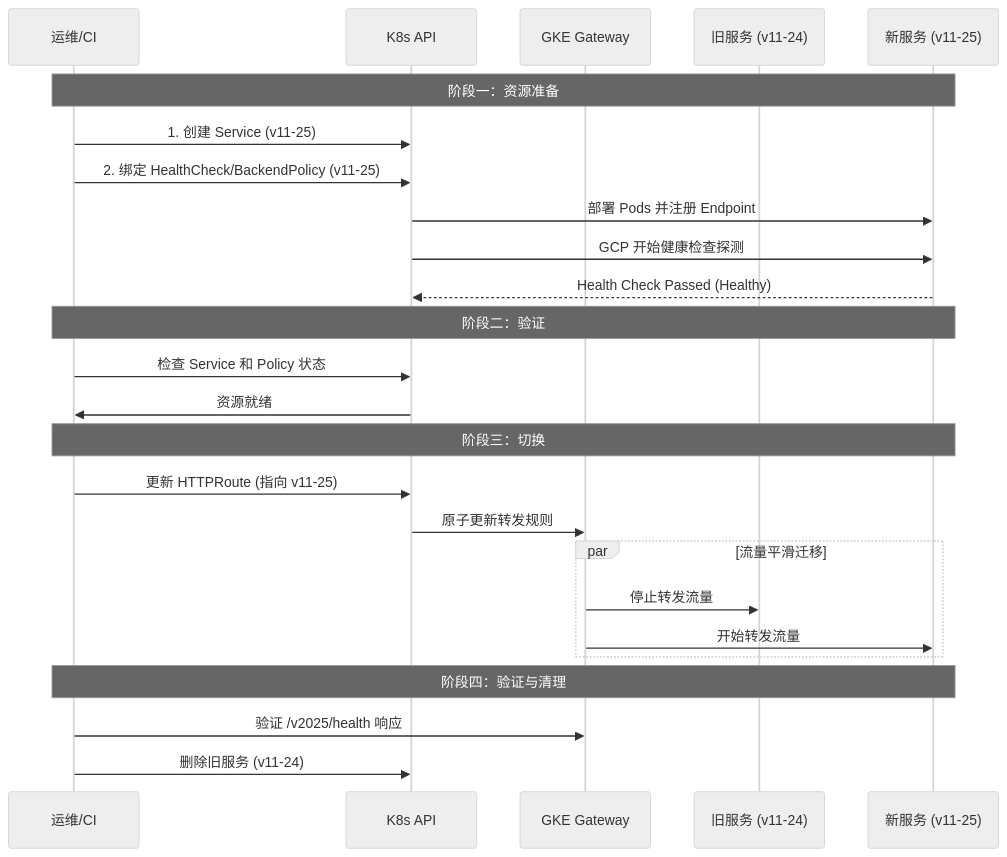
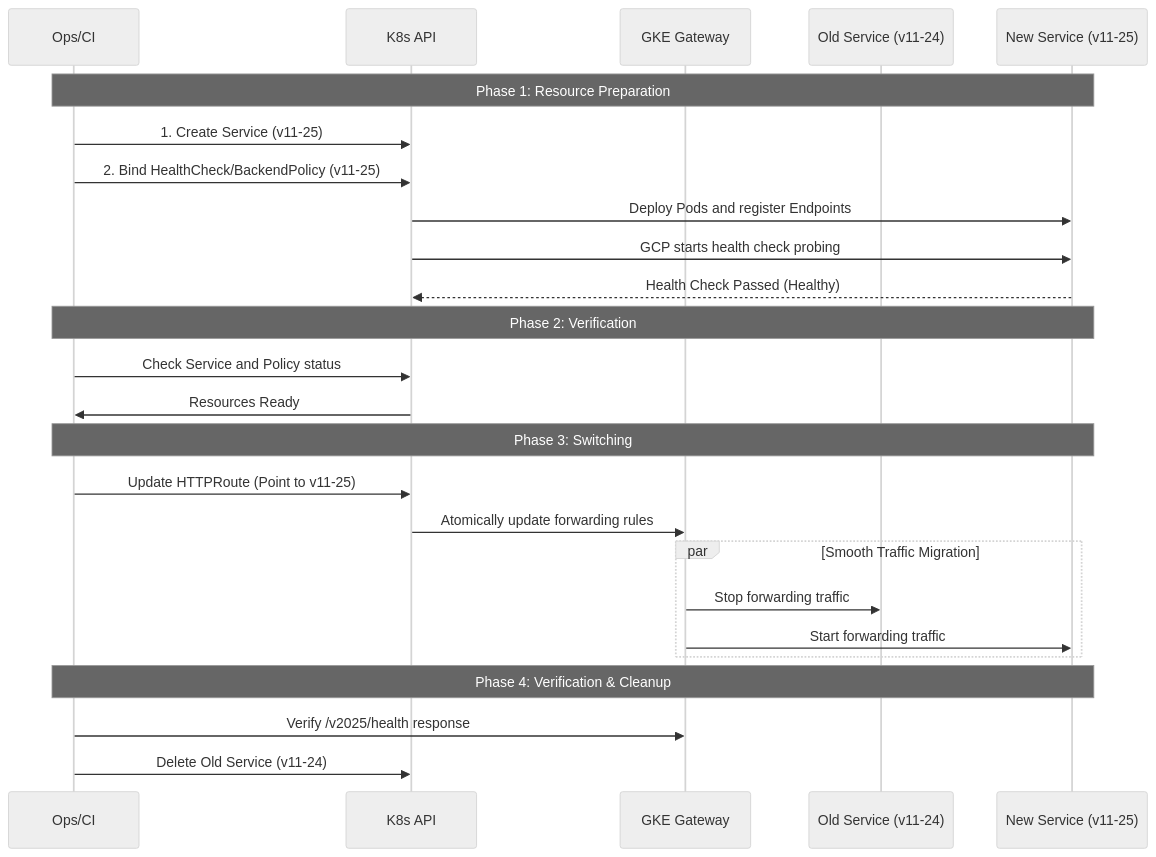
One commit to aibangjuxin/knowledge changed the second of 3 diagrams in gateway/no-gateway/version-control/core-concepts.md. Above: the diagram before and after it, drawn with Mermaid (neutral theme). The commit also changed other lines of this file and 1 other file, not shown here.

````diff
--- a/gateway/no-gateway/version-control/core-concepts.md
+++ b/gateway/no-gateway/version-control/core-concepts.md
@@ -196,32 +251,32 @@
 ```mermaid
 sequenceDiagram
-    participant Dev as 运维/CI
+    participant Dev as Ops/CI
     participant K8s as K8s API
     participant GW as GKE Gateway
-    participant SvcOld as 旧服务 (v11-24)
-    participant SvcNew as 新服务 (v11-25)
+    participant SvcOld as Old Service (v11-24)
+    participant SvcNew as New Service (v11-25)
 
-    Note over Dev, SvcNew: 阶段一：资源准备
-    Dev->>K8s: 1. 创建 Service (v11-25)
-    Dev->>K8s: 2. 绑定 HealthCheck/BackendPolicy (v11-25)
-    K8s->>SvcNew: 部署 Pods 并注册 Endpoint
-    K8s->>SvcNew: GCP 开始健康检查探测
+    Note over Dev, SvcNew: Phase 1: Resource Preparation
+    Dev->>K8s: 1. Create Service (v11-25)
+    Dev->>K8s: 2. Bind HealthCheck/BackendPolicy (v11-25)
+    K8s->>SvcNew: Deploy Pods and register Endpoints
+    K8s->>SvcNew: GCP starts health check probing
     SvcNew-->>K8s: Health Check Passed (Healthy)
 
-    Note over Dev, SvcNew: 阶段二：验证
-    Dev->>K8s: 检查 Service 和 Policy 状态
-    K8s->>Dev: 资源就绪
+    Note over Dev, SvcNew: Phase 2: Verification
+    Dev->>K8s: Check Service and Policy status
+    K8s->>Dev: Resources Ready
 
-    Note over Dev, SvcNew: 阶段三：切换
-    Dev->>K8s: 更新 HTTPRoute (指向 v11-25)
-    K8s->>GW: 原子更新转发规则
+    Note over Dev, SvcNew: Phase 3: Switching
+    Dev->>K8s: Update HTTPRoute (Point to v11-25)
+    K8s->>GW: Atomically update forwarding rules
     
-    par 流量平滑迁移
-        GW->>SvcOld: 停止转发流量
-        GW->>SvcNew: 开始转发流量
+    par Smooth Traffic Migration
+        GW->>SvcOld: Stop forwarding traffic
+        GW->>SvcNew: Start forwarding traffic
     end
 
-    Note over Dev, SvcNew: 阶段四：验证与清理
-    Dev->>GW: 验证 /v2025/health 响应
-    Dev->>K8s: 删除旧服务 (v11-24)
+    Note over Dev, SvcNew: Phase 4: Verification & Cleanup
+    Dev->>GW: Verify /v2025/health response
+    Dev->>K8s: Delete Old Service (v11-24)
 ```
````
